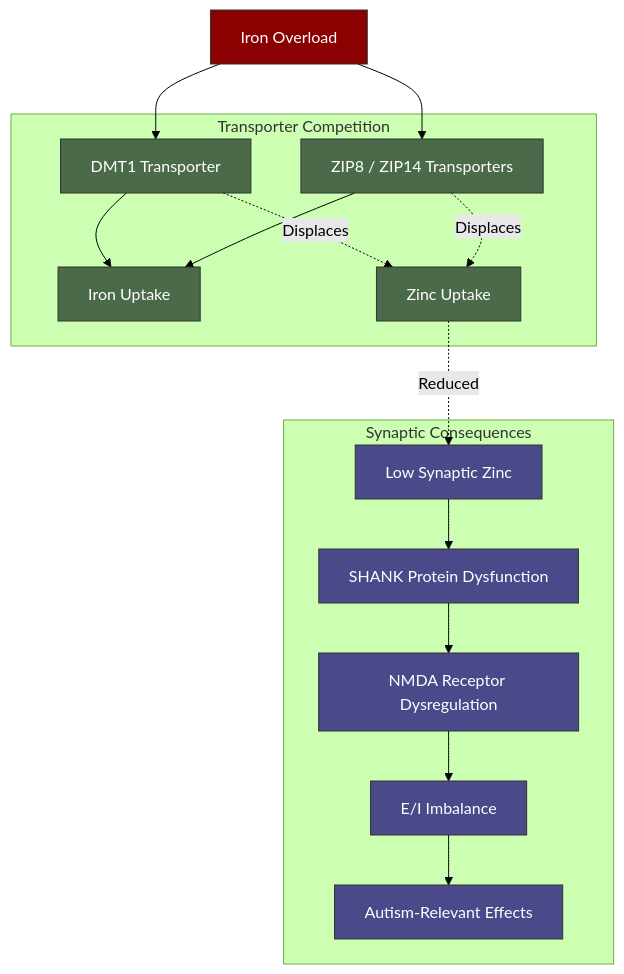
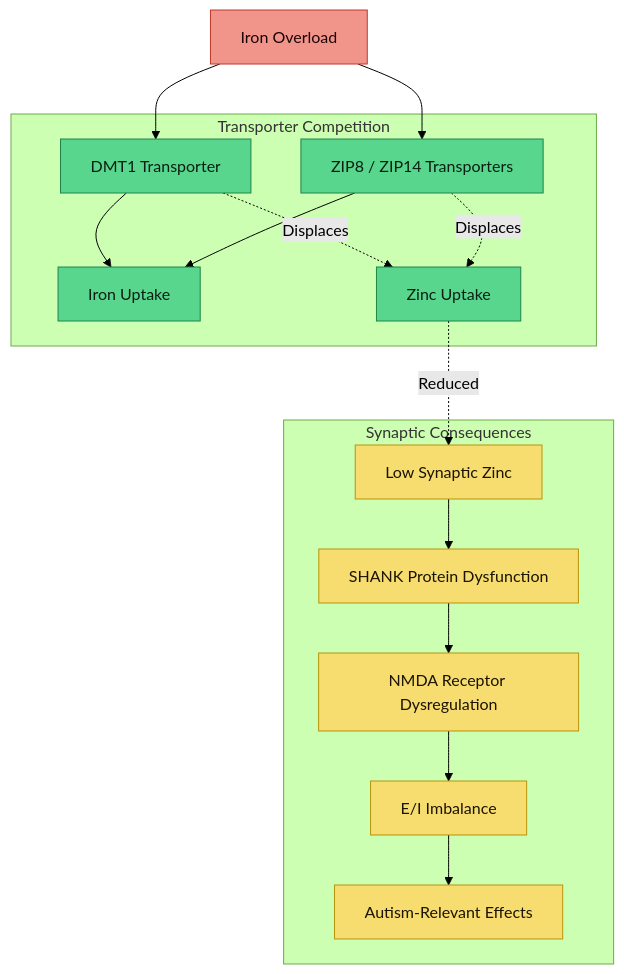
The diagram in research/Zinc-Iron Brain Competition.md (Aegis-commits/ag-hfe-adhd-asd-research), drawn with Mermaid (forest theme) before and after one commit. The commit also changed 39 other files, not shown here.

First line of the commit message:
docs(vault): standardise diagram colours for light-mode readability, add MOC quick nav

````diff
--- a/research/Zinc-Iron Brain Competition.md
+++ b/research/Zinc-Iron Brain Competition.md
@@ -28,37 +28,37 @@
 ```mermaid
 flowchart TD
     subgraph Transport["Transporter Competition"]
         DMT1["DMT1 Transporter"]
         ZIP["ZIP8 / ZIP14 Transporters"]
         FE_IN["Iron Uptake"]
         ZN_IN["Zinc Uptake"]
     end
 
     FE_OVER["Iron Overload"]
 
     subgraph Synaptic["Synaptic Consequences"]
         LOW_ZN["Low Synaptic Zinc"]
         SHANK["SHANK Protein Dysfunction"]
         NMDA["NMDA Receptor Dysregulation"]
         EI["E/I Imbalance"]
         ASD["Autism-Relevant Effects"]
     end
 
     FE_OVER --> DMT1
     FE_OVER --> ZIP
     DMT1 --> FE_IN
     DMT1 -.->|"Displaces"| ZN_IN
     ZIP --> FE_IN
     ZIP -.->|"Displaces"| ZN_IN
 
     ZN_IN -.->|"Reduced"| LOW_ZN
     LOW_ZN --> SHANK --> NMDA --> EI --> ASD
 
-    classDef overload fill:#8b0000,stroke:#333,color:#fff
-    classDef transport fill:#4a6a4a,stroke:#333,color:#fff
-    classDef consequence fill:#4a4a8a,stroke:#333,color:#fff
+    classDef overload fill:#f1948a,stroke:#c0392b,color:#1a0505
+    classDef transport fill:#58d68d,stroke:#1e8449,color:#0a1f12
+    classDef consequence fill:#f7dc6f,stroke:#b7950b,color:#1a1400
 
     class FE_OVER overload
     class DMT1,ZIP,FE_IN,ZN_IN transport
     class LOW_ZN,SHANK,NMDA,EI,ASD consequence
 ```
````
